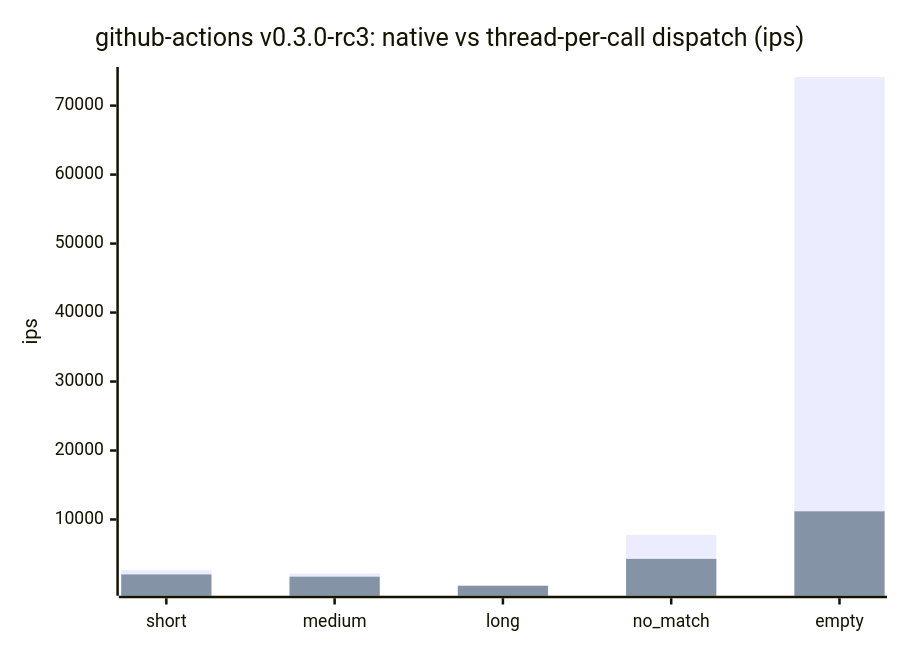
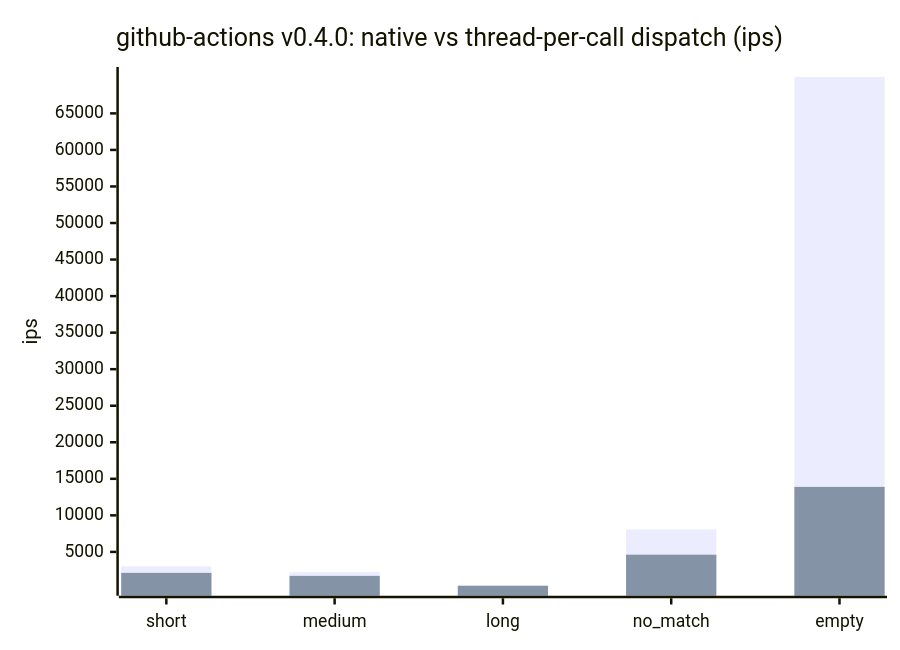
Before and after one commit to cpb/duckling: the first of 7 diagrams in docs/benchmarks/README.md, drawn with Mermaid. The commit also changed other lines of this file and 1 other file, not shown here.

Commit message:
Record github-actions benchmark results for 0.4.0

````diff
--- a/docs/benchmarks/README.md
+++ b/docs/benchmarks/README.md
@@ -54,8 +54,8 @@
 ```mermaid
 xychart-beta
-    title "github-actions v0.3.0-rc3: native vs thread-per-call dispatch (ips)"
+    title "github-actions v0.4.0: native vs thread-per-call dispatch (ips)"
     x-axis [short, medium, long, no_match, empty]
     y-axis "ips"
-    bar "native" [2667.1, 2175.6, 418.4, 7765.4, 74149.0]
-    bar "thread-per-call" [2035.5, 1709.8, 393.8, 4287.8, 11181.6]
+    bar "native" [3013.5, 2231.1, 400.2, 8070.7, 69977.6]
+    bar "thread-per-call" [2130.8, 1720.3, 368.2, 4616.9, 13896.1]
 ```
````
